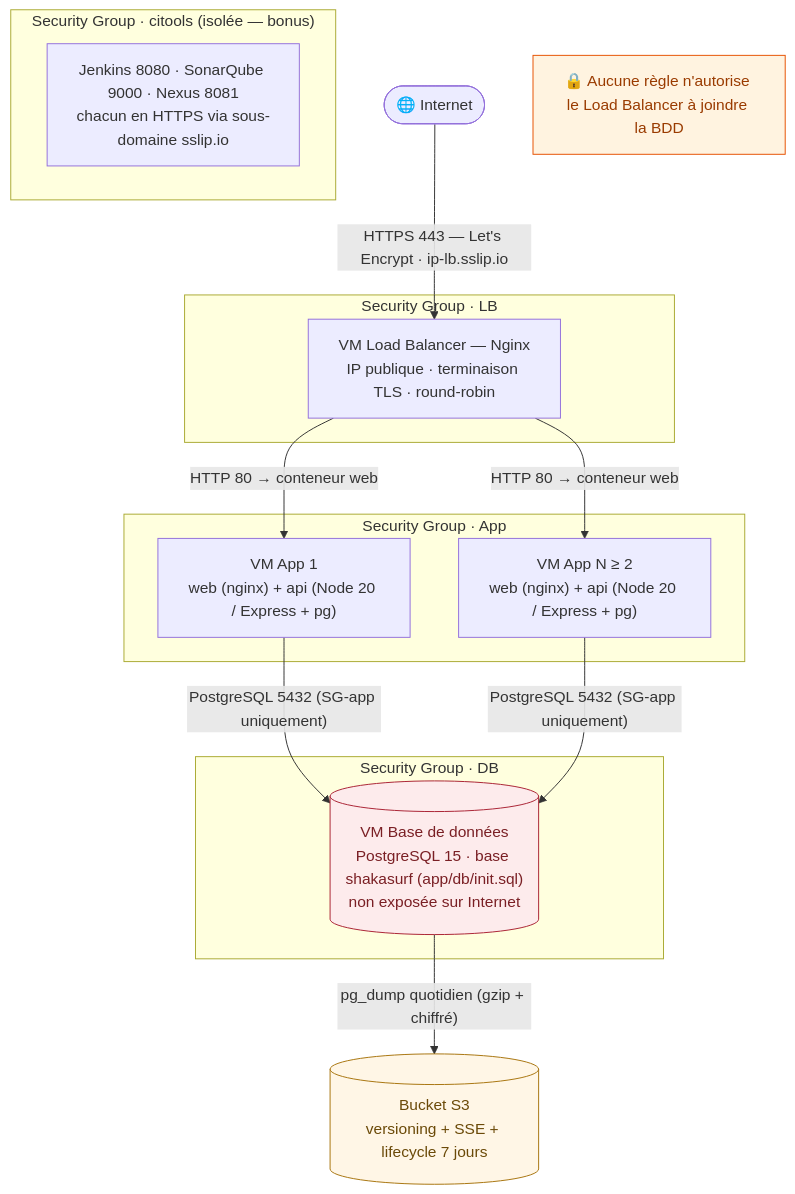
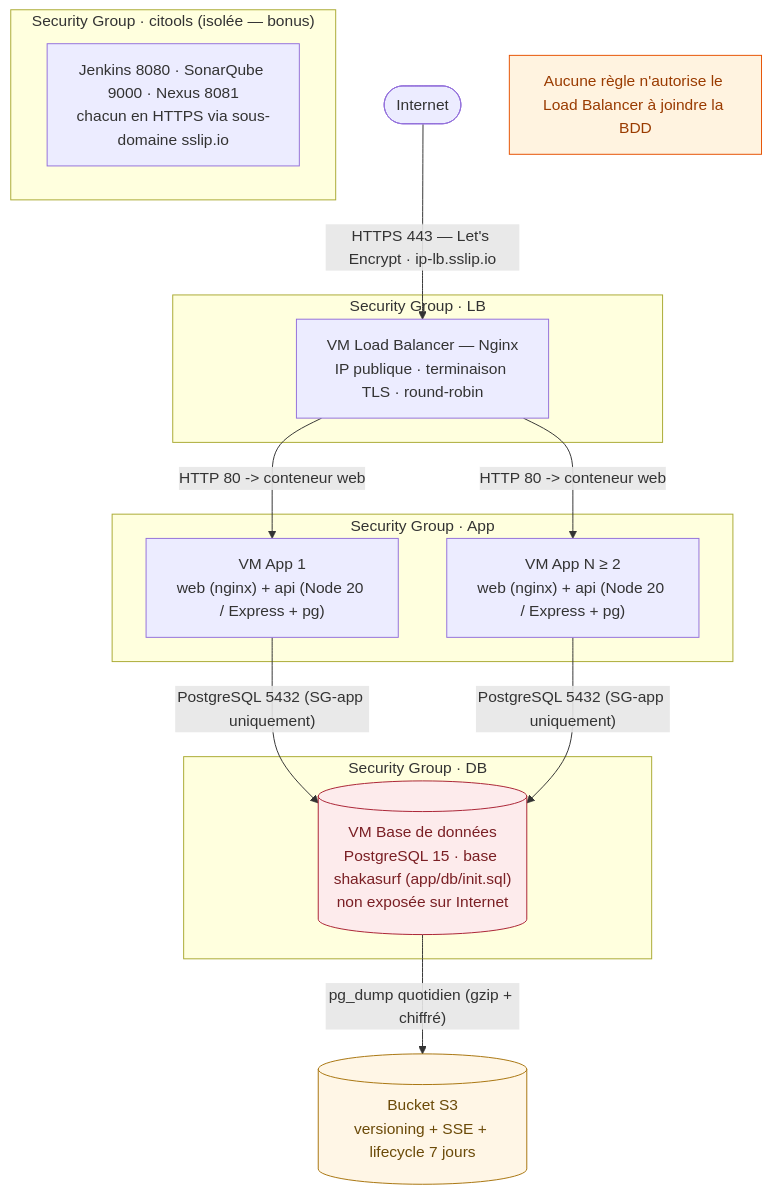
Before and after one commit to mehdibellahsene/shaka-surf-devops: the diagram in docs/architecture.md, drawn with Mermaid. The commit also changed other lines of this file and 14 other files, not shown here.

````diff
--- a/docs/architecture.md
+++ b/docs/architecture.md
@@ -5,31 +5,31 @@
 ```mermaid
 flowchart TD
-    NET(["🌐 Internet"])
+    NET(["Internet"])
     subgraph SGLB["Security Group · LB"]
         LB["VM Load Balancer — Nginx<br/>IP publique · terminaison TLS · round-robin"]
     end
     subgraph SGAPP["Security Group · App"]
         A1["VM App 1<br/>web (nginx) + api (Node 20 / Express + pg)"]
         A2["VM App N ≥ 2<br/>web (nginx) + api (Node 20 / Express + pg)"]
     end
     subgraph SGDB["Security Group · DB"]
         DB[("VM Base de données<br/>PostgreSQL 15 · base shakasurf (app/db/init.sql)<br/>non exposée sur Internet")]
     end
     subgraph SGCI["Security Group · citools (isolée — bonus)"]
         CI["Jenkins 8080 · SonarQube 9000 · Nexus 8081<br/>chacun en HTTPS via sous-domaine sslip.io"]
     end
     S3[("Bucket S3<br/>versioning + SSE + lifecycle 7 jours")]
     NET -->|"HTTPS 443 — Let's Encrypt · ip-lb.sslip.io"| LB
-    LB -->|"HTTP 80 → conteneur web"| A1
-    LB -->|"HTTP 80 → conteneur web"| A2
+    LB -->|"HTTP 80 -> conteneur web"| A1
+    LB -->|"HTTP 80 -> conteneur web"| A2
     A1 -->|"PostgreSQL 5432 (SG-app uniquement)"| DB
     A2 -->|"PostgreSQL 5432 (SG-app uniquement)"| DB
     DB -->|"pg_dump quotidien (gzip + chiffré)"| S3
-    NOTE["🔒 Aucune règle n'autorise le Load Balancer à joindre la BDD"]
+    NOTE["Aucune règle n'autorise le Load Balancer à joindre la BDD"]
     classDef db fill:#fdebec,stroke:#a23,color:#7a1f24;
     classDef store fill:#fff6e6,stroke:#a8740d,color:#6b4a08;
     classDef note fill:#fff3e0,stroke:#e65100,color:#9a3b00;
     class DB db;
     class S3 store;
     class NOTE note;
 ```
````
